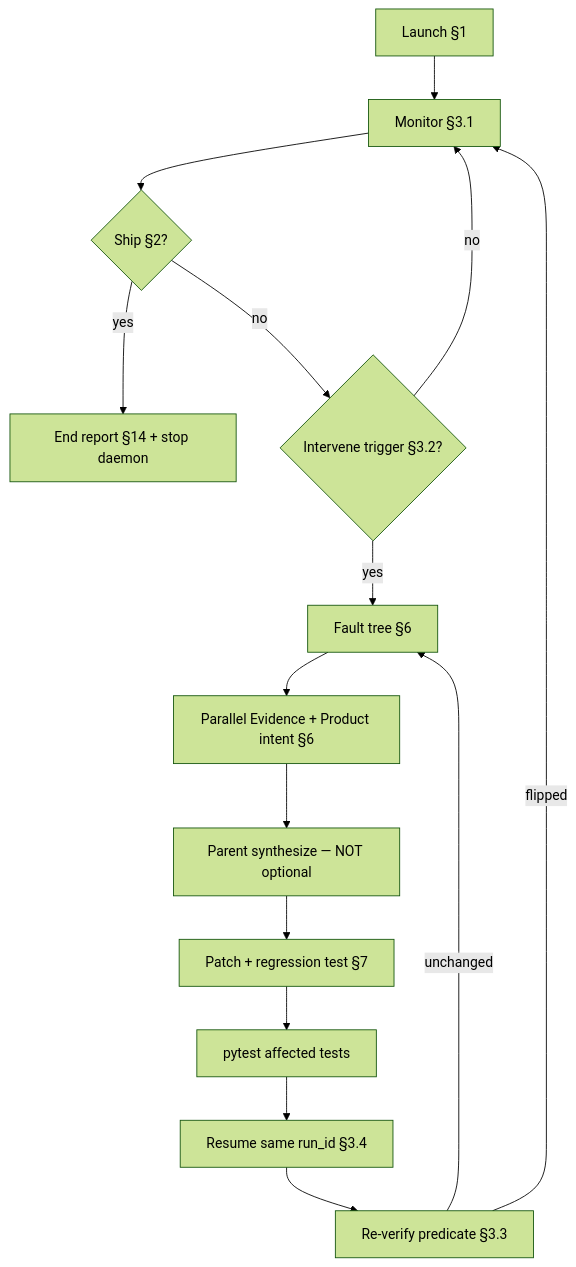
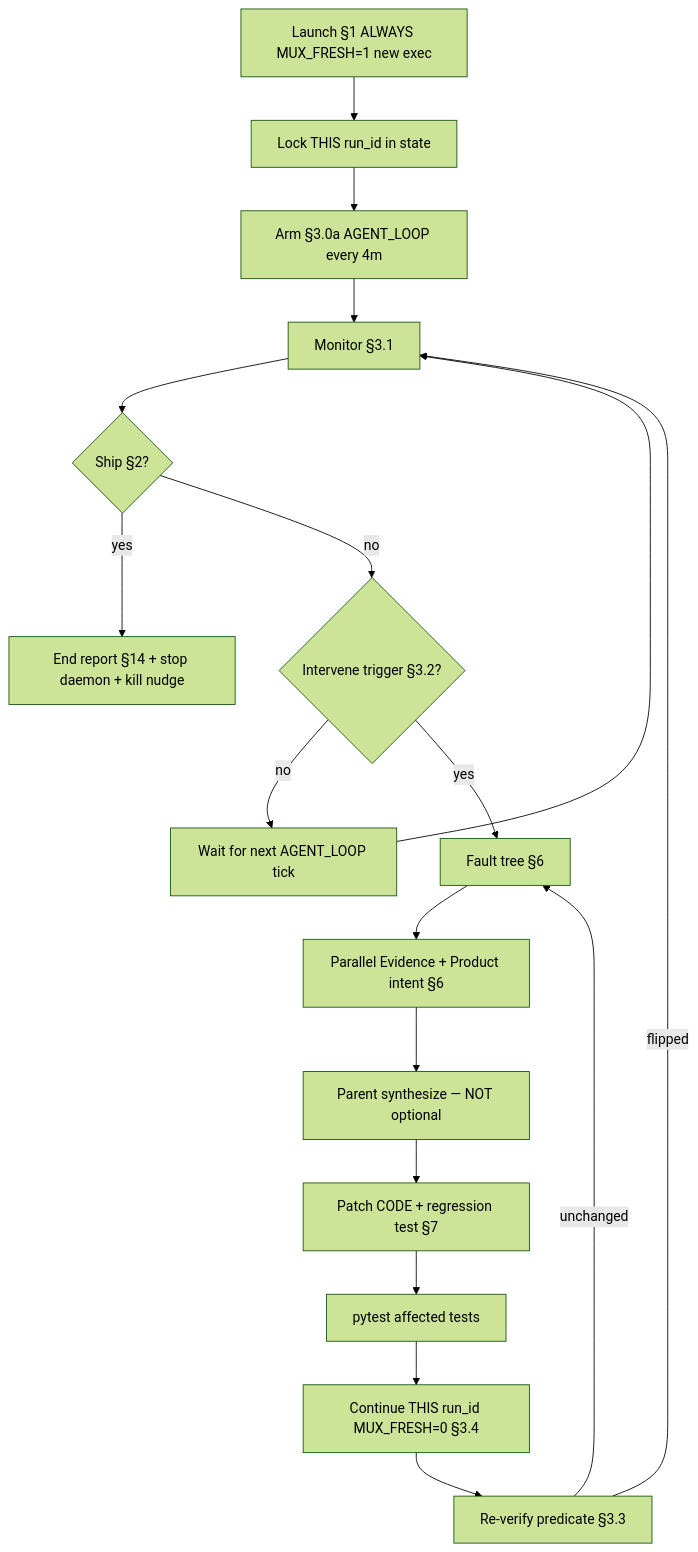
One commit to NicketUttarwar/interview_helper_mux changed the diagram in .cursor/plans/full_auto_forensics_run.plan.md. Above: the diagram before and after it, drawn with Mermaid (forest theme). The commit also changed other lines of this file and 64 other files, not shown here.

````diff
--- a/.cursor/plans/full_auto_forensics_run.plan.md
+++ b/.cursor/plans/full_auto_forensics_run.plan.md
@@ -139,17 +240,20 @@
 ```mermaid
 flowchart TD
-  START[Launch §1] --> MON[Monitor §3.1]
+  START[Launch §1 ALWAYS MUX_FRESH=1 new exec] --> LOCK[Lock THIS run_id in state]
+  LOCK --> NUDGE[Arm §3.0a AGENT_LOOP every 4m]
+  NUDGE --> MON[Monitor §3.1]
   MON --> OK{Ship §2?}
-  OK -->|yes| DONE[End report §14 + stop daemon]
+  OK -->|yes| DONE[End report §14 + stop daemon + kill nudge]
   OK -->|no| TRIG{Intervene trigger §3.2?}
-  TRIG -->|no| MON
+  TRIG -->|no| WAIT[Wait for next AGENT_LOOP tick]
+  WAIT --> MON
   TRIG -->|yes| FT[Fault tree §6]
   FT --> SUB[Parallel Evidence + Product intent §6]
   SUB --> SYN[Parent synthesize — NOT optional]
-  SYN --> FIX[Patch + regression test §7]
+  SYN --> FIX[Patch CODE + regression test §7]
   FIX --> TEST[pytest affected tests]
-  TEST --> RES[Resume same run_id §3.4]
+  TEST --> RES[Continue THIS run_id MUX_FRESH=0 §3.4]
   RES --> VER[Re-verify predicate §3.3]
   VER -->|flipped| MON
   VER -->|unchanged| FT
 ```
````
